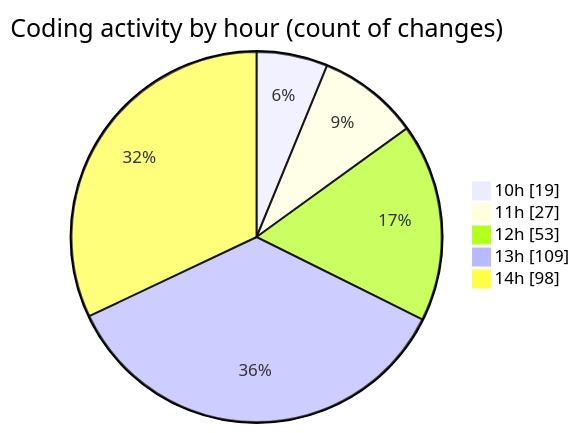
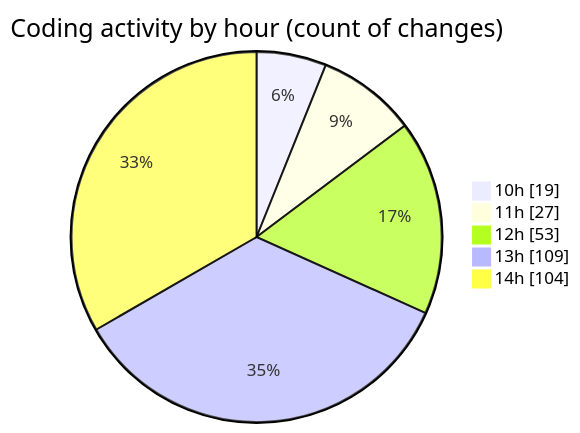
Before and after one commit to momahboobian/code-tracking: the second of 2 diagrams in 2025-03-18/cda/README.md, drawn with Mermaid. The commit also changed other lines of this file and 1 other file, not shown here.

````diff
--- a/2025-03-18/cda/README.md
+++ b/2025-03-18/cda/README.md
@@ -42,9 +42,9 @@
 ```mermaid
 pie showData
 title Coding activity by hour (count of changes)
 "10h" : 19
 "11h" : 27
 "12h" : 53
 "13h" : 109
-"14h" : 98
+"14h" : 104
 ```
````
